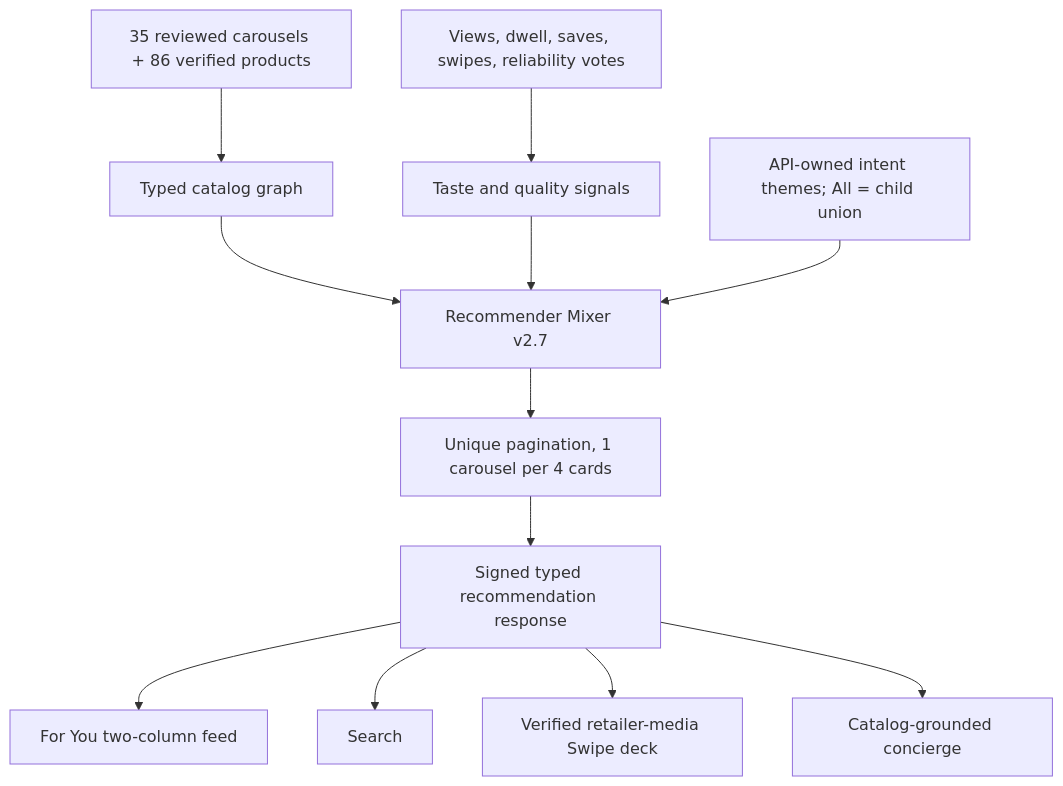
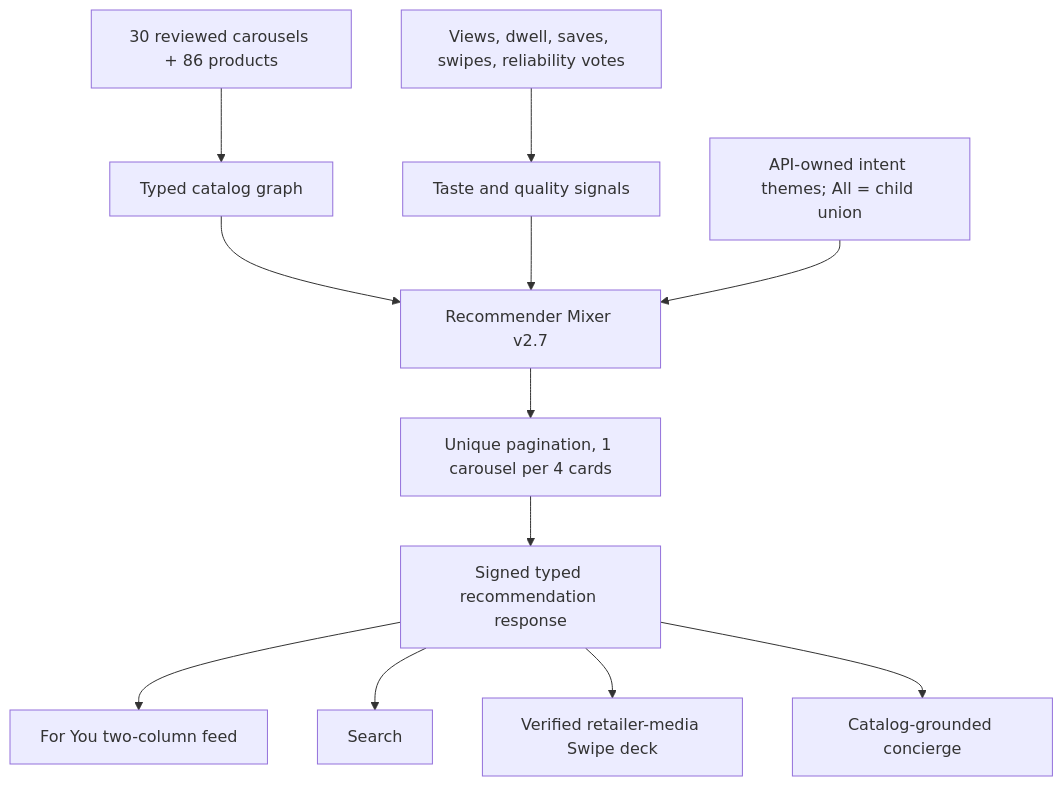
Before and after one commit to Tar-ive/giftmaxxing-mobile: the second of 3 diagrams in docs/swipe-product-image-pipeline.md, drawn with Mermaid. The commit also changed other lines of this file and 24 other files, not shown here.

````diff
--- a/docs/swipe-product-image-pipeline.md
+++ b/docs/swipe-product-image-pipeline.md
@@ -33,14 +79,14 @@
 ```mermaid
 flowchart TD
-  Curated["35 reviewed carousels + 86 verified products"] --> Catalog["Typed catalog graph"]
+  Curated["30 reviewed carousels + 86 products"] --> Catalog["Typed catalog graph"]
   Events["Views, dwell, saves, swipes, reliability votes"] --> Profile["Taste and quality signals"]
   Catalog --> Mixer["Recommender Mixer v2.7"]
   Profile --> Mixer
   Taxonomy["API-owned intent themes; All = child union"] --> Mixer
   Mixer --> Policy["Unique pagination, 1 carousel per 4 cards"]
   Policy --> API["Signed typed recommendation response"]
   API --> Home["For You two-column feed"]
   API --> Search["Search"]
   API --> Challenge["Verified retailer-media Swipe deck"]
   API --> Maxi["Catalog-grounded concierge"]
 ```
````
